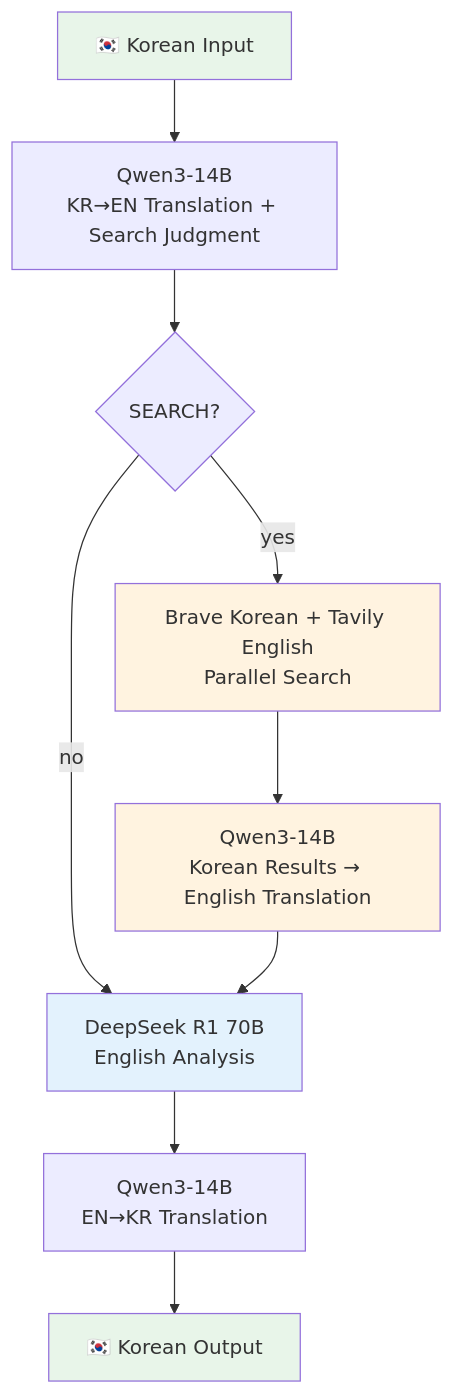
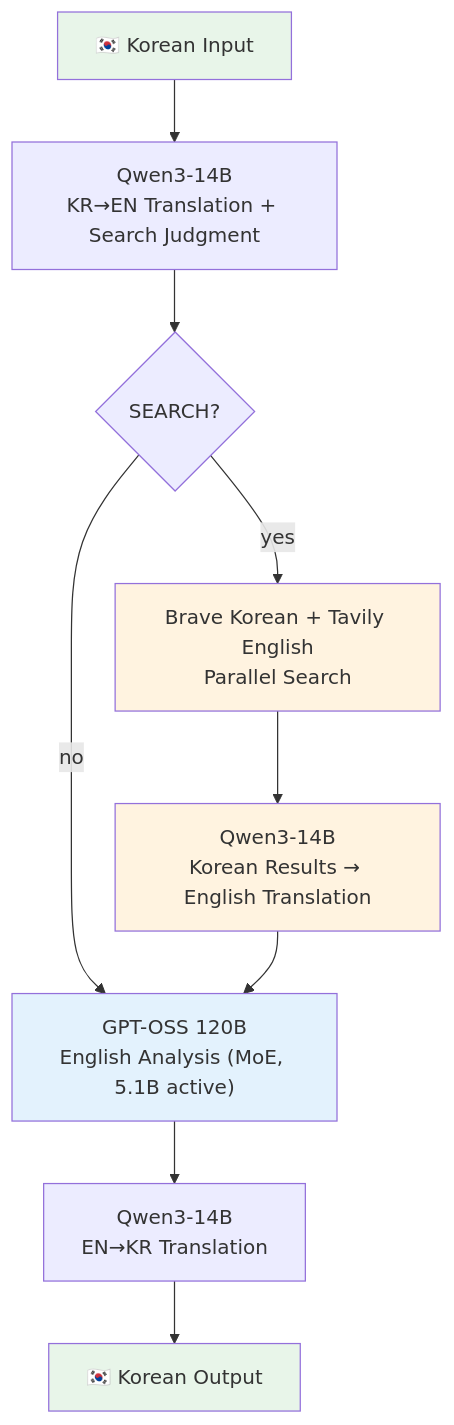
Before and after one commit to WoojinAhn/local-llm-pipeline: the second of 2 diagrams in README.md, drawn with Mermaid. The commit also changed other lines of this file and 3 other files, not shown here.

First line of the commit message:
[#26] feat: swap analyst from DeepSeek R1 Distill 70B to GPT-OSS 120B

````diff
--- a/README.md
+++ b/README.md
@@ -207,17 +221,17 @@
 ```mermaid
 flowchart TD
     A["🇰🇷 Korean Input"] --> B["Qwen3-14B<br/>KR→EN Translation + Search Judgment"]
     B --> C{SEARCH?}
     C -->|yes| D["Brave Korean + Tavily English<br/>Parallel Search"]
-    C -->|no| E["DeepSeek R1 70B<br/>English Analysis"]
+    C -->|no| E["GPT-OSS 120B<br/>English Analysis (MoE, 5.1B active)"]
     D --> D2["Qwen3-14B<br/>Korean Results → English Translation"]
     D2 --> E
     E --> F["Qwen3-14B<br/>EN→KR Translation"]
     F --> G["🇰🇷 Korean Output"]
 
     style A fill:#e8f5e9
     style G fill:#e8f5e9
     style D fill:#fff3e0
     style D2 fill:#fff3e0
     style E fill:#e3f2fd
 ```
````
